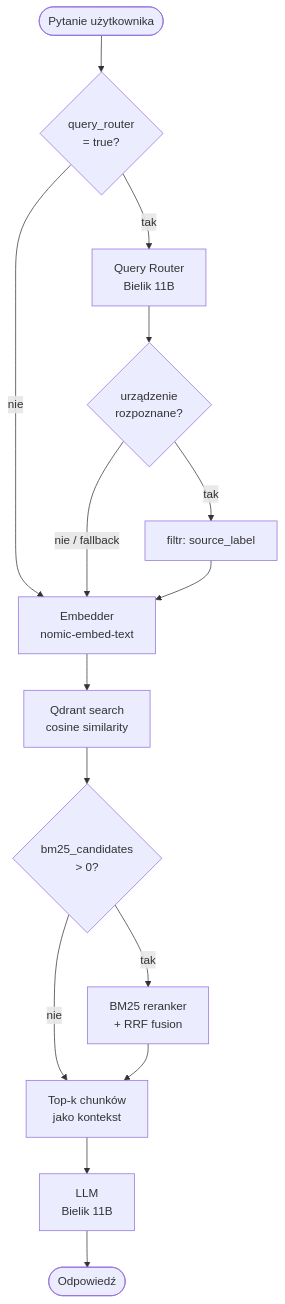
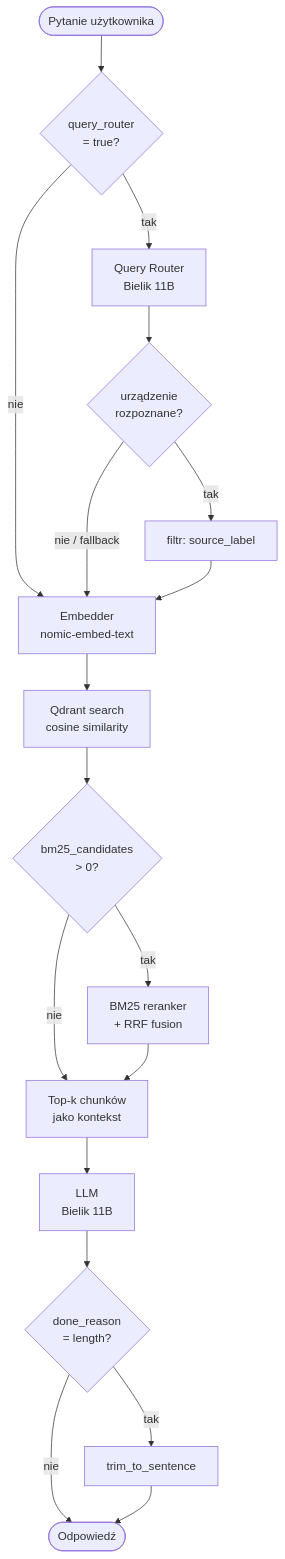
The diagram in README.md (protechnologia/bielik-runpod), drawn with Mermaid before and after one commit.

Commit message:
poprawka do diagramu

````diff
--- a/README.md
+++ b/README.md
@@ -819,21 +819,24 @@
 ```mermaid
 flowchart TD
     Q([Pytanie użytkownika]) --> A{query_router\n= true?}
 
     A -- nie --> E
     A -- tak --> R[Query Router\nBielik 11B]
     R --> R2{urządzenie\nrozpoznane?}
     R2 -- tak --> F[filtr: source_label]
     R2 -- nie / fallback --> E
 
     F --> E[Embedder\nnomic-embed-text]
     E --> S[Qdrant search\ncosine similarity]
 
     S --> B{bm25_candidates\n> 0?}
     B -- nie --> CTX
     B -- tak --> BM[BM25 reranker\n+ RRF fusion]
     BM --> CTX
 
     CTX[Top-k chunków\njako kontekst] --> LLM[LLM\nBielik 11B]
-    LLM --> ANS([Odpowiedź])
+    LLM --> TR{done_reason\n= length?}
+    TR -- nie --> ANS([Odpowiedź])
+    TR -- tak --> TRS[trim_to_sentence]
+    TRS --> ANS([Odpowiedź])
 ```
````
